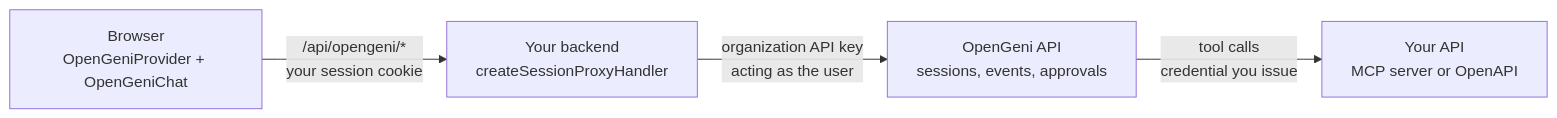
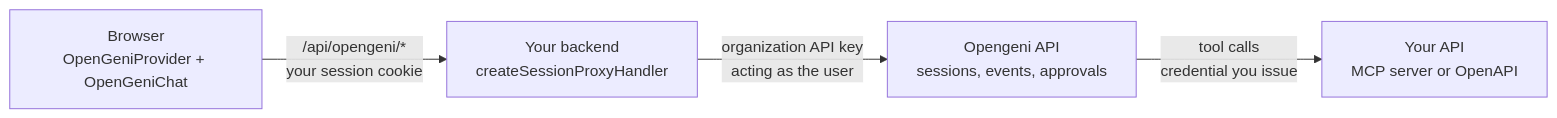
One commit to Cloudgeni-ai/opengeni changed the diagram in docs-site/integrate/how-it-fits-together.mdx. Above: the diagram before and after it, drawn with Mermaid. The commit also changed other lines of this file and 30 other files, not shown here.

````diff
--- a/docs-site/integrate/how-it-fits-together.mdx
+++ b/docs-site/integrate/how-it-fits-together.mdx
@@ -9,10 +9,10 @@
 ```mermaid
 flowchart LR
   B["Browser<br/>OpenGeniProvider + OpenGeniChat"]
   P["Your backend<br/>createSessionProxyHandler"]
-  O["OpenGeni API<br/>sessions, events, approvals"]
+  O["Opengeni API<br/>sessions, events, approvals"]
   T["Your API<br/>MCP server or OpenAPI"]
   B -- "/api/opengeni/*<br/>your session cookie" --> P
   P -- "organization API key<br/>acting as the user" --> O
   O -- "tool calls<br/>credential you issue" --> T
 ```
````
